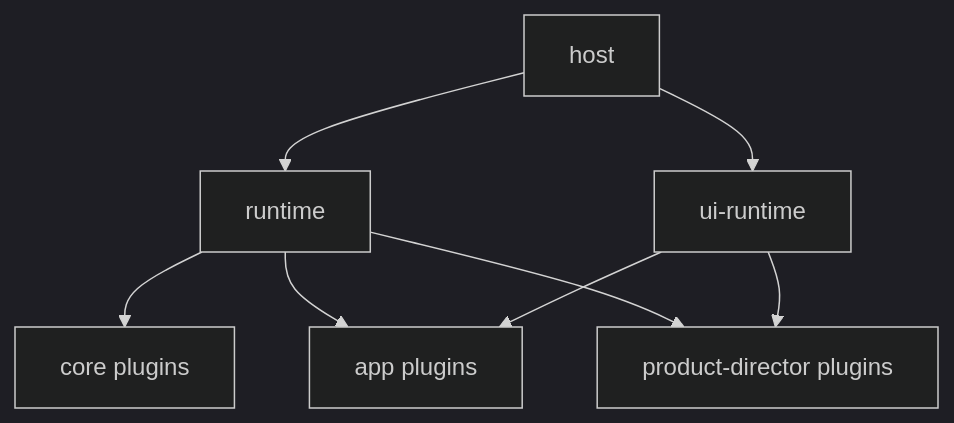
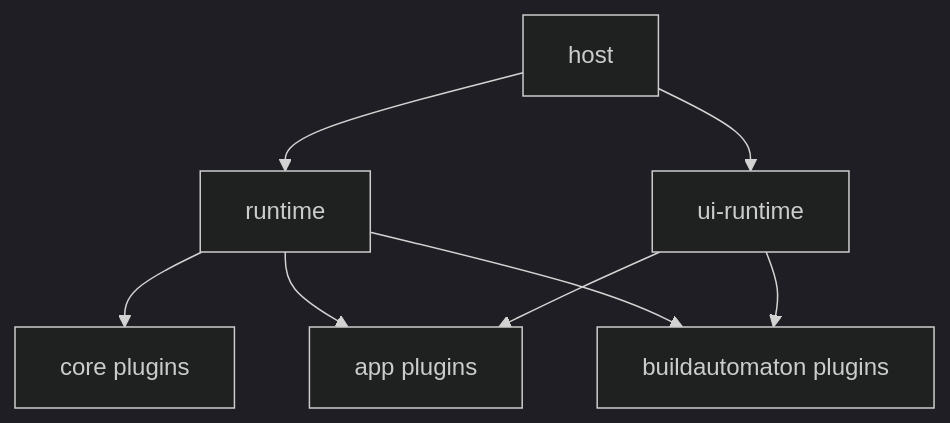
Before and after one commit to buildautomaton/buildautomaton: the diagram in docs/apps/index.md, drawn with Mermaid (dark theme). The commit also changed other lines of this file and 601 other files, not shown here.

````diff
--- a/docs/apps/index.md
+++ b/docs/apps/index.md
@@ -23,16 +23,16 @@
 ```mermaid
 flowchart TB
   host["host"]
   runtime["runtime"]
   ui["ui-runtime"]
   core["core plugins"]
   app["app plugins"]
-  director["product-director plugins"]
+  buildautomaton["buildautomaton plugins"]
   host --> runtime
   host --> ui
   runtime --> core
   runtime --> app
-  runtime --> director
+  runtime --> buildautomaton
   ui --> app
-  ui --> director
+  ui --> buildautomaton
 ```
````
